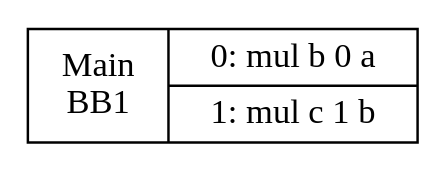
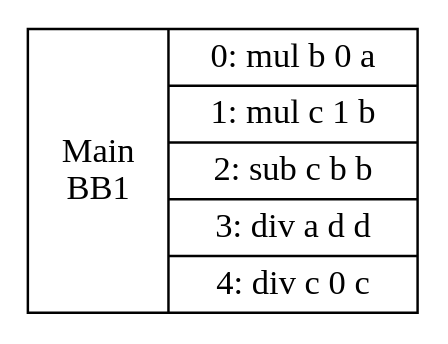
Before and after one commit to CoralRocker/CSCE434-Charlotte-Gaultier: the diagram in graphs/cfg.dot, drawn with Graphviz. The commit also changed 2 other files, not shown here.

```diff
--- a/graphs/cfg.dot
+++ b/graphs/cfg.dot
@@ -1,6 +1,9 @@
 digraph G {
 bb1 [shape=record, label="<B> Main \n BB1 | {<entry>
 	0: mul b 0 a 
-|<exit>	1: mul c 1 b 
+|	1: mul c 1 b 
+|	2: sub c b b 
+|	3: div a d d 
+|<exit>	4: div c 0 c 
 }"];
 }
```
